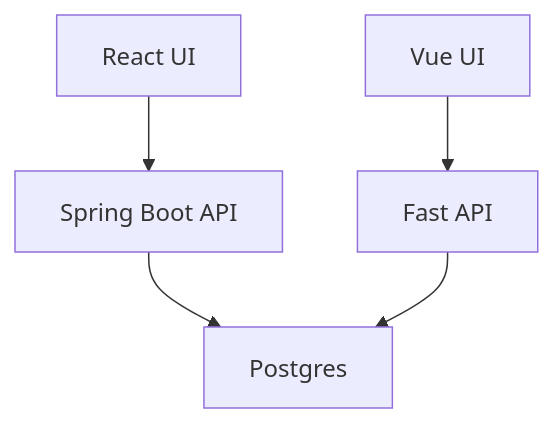
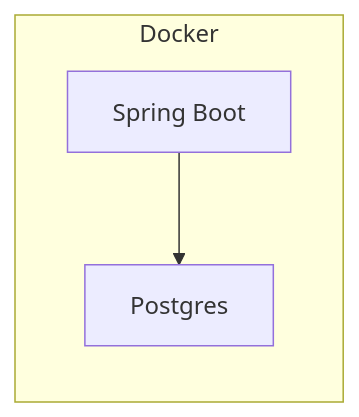
One commit to kevindmorris/envelope changed the diagram in README.md. Above: the diagram before and after it, drawn with Mermaid. The commit also changed other lines of this file, not shown here.

````diff
--- a/README.md
+++ b/README.md
@@ -3,13 +3,11 @@
 ```mermaid
-graph
-    B[React UI]
-    C[Vue UI]
-    D[Spring Boot API]
-    E[Fast API]
-    F[Postgres]
+graph TD
+  subgraph Docker
+    direction TB
 
-    B --> D
-    C --> E
-    D --> F
-    E --> F
+    postgres[Postgres]
+    springboot[Spring Boot]
+
+    springboot --> postgres
+  end
 ```
````
